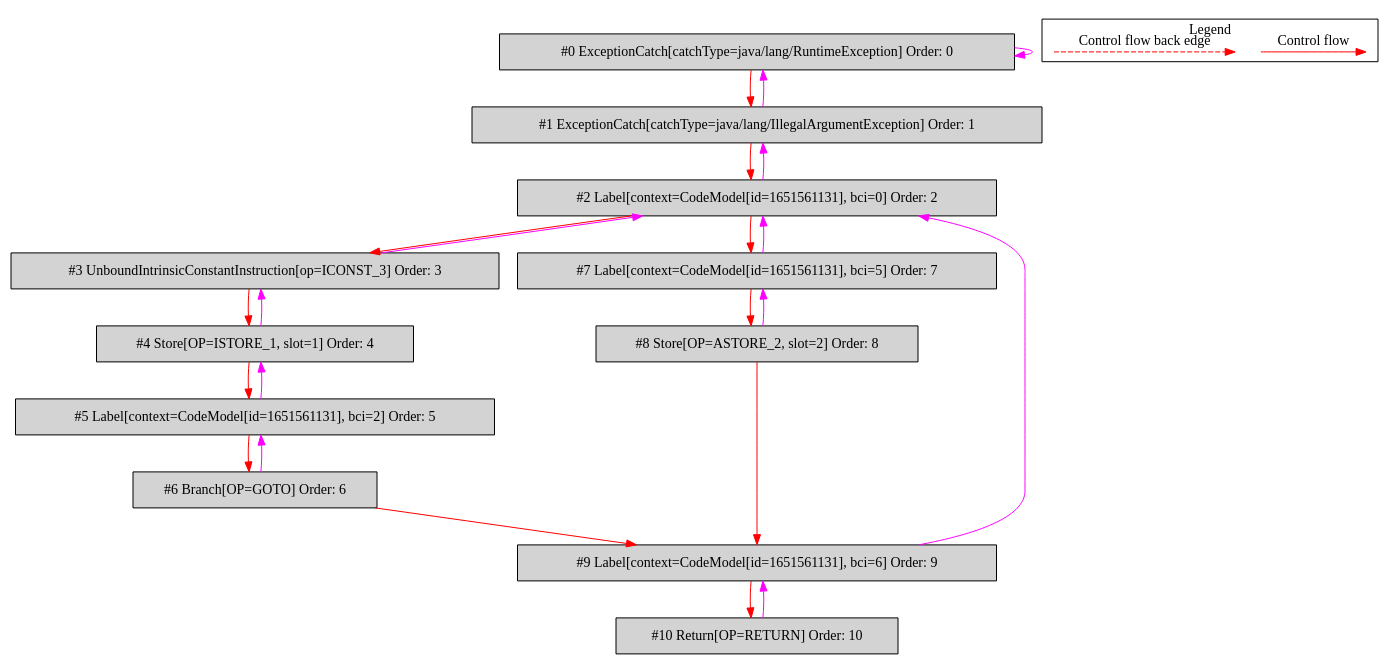
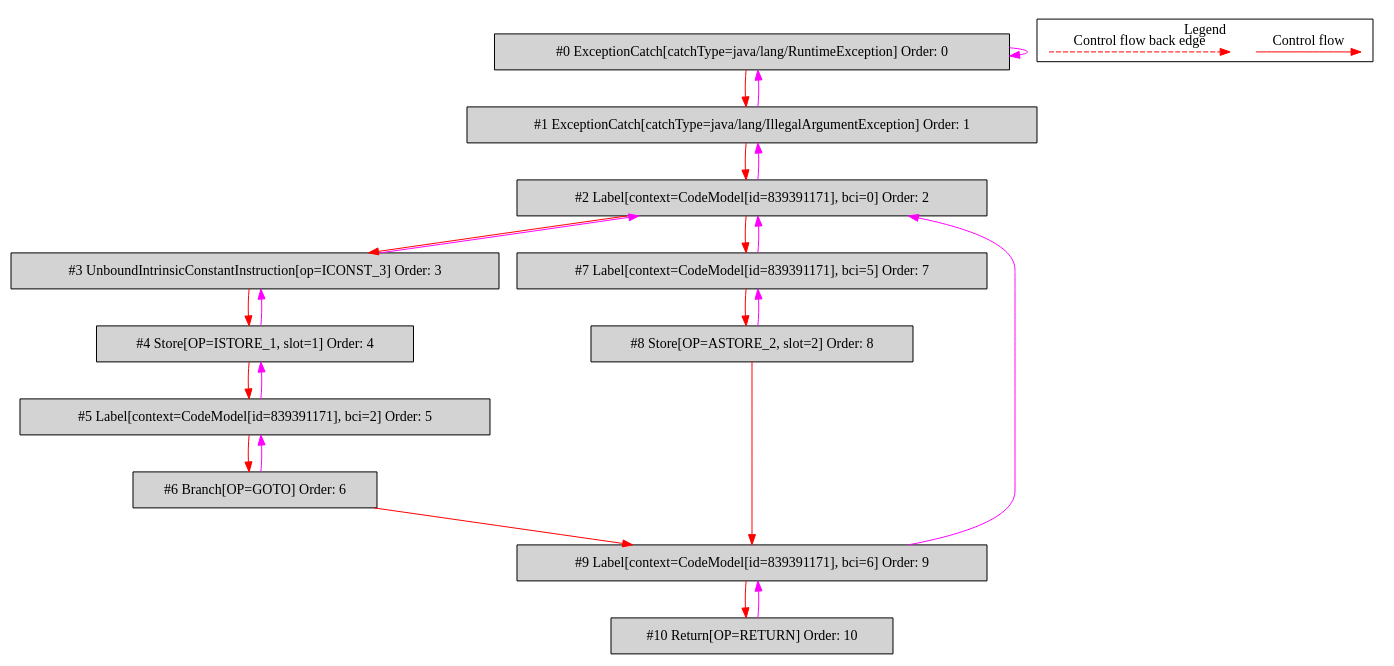
One commit to mirkosertic/MetaIR changed the diagram in de.mirkosertic.metair.ir.OpcodeTryCatchTest/test_Multicatch/bytecodecfg.dot. Above: the diagram before and after it, drawn with Graphviz. The commit also changed 726 other files, not shown here.

```diff
--- a/de.mirkosertic.metair.ir.OpcodeTryCatchTest/test_Multicatch/bytecodecfg.dot
+++ b/de.mirkosertic.metair.ir.OpcodeTryCatchTest/test_Multicatch/bytecodecfg.dot
@@ -1,50 +1,50 @@
 digraph {
  ordering="in";
  node0[label="#0 ExceptionCatch[catchType=java/lang/RuntimeException] Order: 0", shape=box, fillcolor=lightgrey, style=filled];
  node1[label="#1 ExceptionCatch[catchType=java/lang/IllegalArgumentException] Order: 1", shape=box, fillcolor=lightgrey, style=filled];
- node2[label="#2 Label[context=CodeModel[id=1651561131], bci=0] Order: 2", shape=box, fillcolor=lightgrey, style=filled];
+ node2[label="#2 Label[context=CodeModel[id=839391171], bci=0] Order: 2", shape=box, fillcolor=lightgrey, style=filled];
  node3[label="#3 UnboundIntrinsicConstantInstruction[op=ICONST_3] Order: 3", shape=box, fillcolor=lightgrey, style=filled];
  node4[label="#4 Store[OP=ISTORE_1, slot=1] Order: 4", shape=box, fillcolor=lightgrey, style=filled];
- node5[label="#5 Label[context=CodeModel[id=1651561131], bci=2] Order: 5", shape=box, fillcolor=lightgrey, style=filled];
+ node5[label="#5 Label[context=CodeModel[id=839391171], bci=2] Order: 5", shape=box, fillcolor=lightgrey, style=filled];
  node6[label="#6 Branch[OP=GOTO] Order: 6", shape=box, fillcolor=lightgrey, style=filled];
- node7[label="#7 Label[context=CodeModel[id=1651561131], bci=5] Order: 7", shape=box, fillcolor=lightgrey, style=filled];
+ node7[label="#7 Label[context=CodeModel[id=839391171], bci=5] Order: 7", shape=box, fillcolor=lightgrey, style=filled];
  node8[label="#8 Store[OP=ASTORE_2, slot=2] Order: 8", shape=box, fillcolor=lightgrey, style=filled];
- node9[label="#9 Label[context=CodeModel[id=1651561131], bci=6] Order: 9", shape=box, fillcolor=lightgrey, style=filled];
+ node9[label="#9 Label[context=CodeModel[id=839391171], bci=6] Order: 9", shape=box, fillcolor=lightgrey, style=filled];
  node10[label="#10 Return[OP=RETURN] Order: 10", shape=box, fillcolor=lightgrey, style=filled];
  node0 -> node0[color=fuchsia];
  node0 -> node1[color=red];
  node1 -> node0[color=fuchsia];
  node1 -> node2[color=red];
  node2 -> node1[color=fuchsia];
  node2 -> node3[color=red];
  node3 -> node2[color=fuchsia];
  node3 -> node4[color=red];
  node4 -> node3[color=fuchsia];
  node4 -> node5[color=red];
  node5 -> node4[color=fuchsia];
  node5 -> node6[color=red];
  node6 -> node5[color=fuchsia];
  node2 -> node7[color=red];
  node7 -> node2[color=fuchsia];
  node7 -> node8[color=red];
  node8 -> node7[color=fuchsia];
  node6 -> node9[color=red];
  node8 -> node9[color=red];
  node9 -> node2[color=fuchsia];
  node9 -> node10[color=red];
  node10 -> node9[color=fuchsia];
  subgraph cluster_000 {
   label = "Legend";
   node [shape=point]
   {
    rank=same;
    c0 [style = invis];
    c1 [style = invis];
    c2 [style = invis];
    c3 [style = invis];
   }
   c0 -> c1 [label="Control flow", style=solid, color=red]
   c2 -> c3 [label="Control flow back edge", style=dashed, color=red]
  }
 
 }
```
